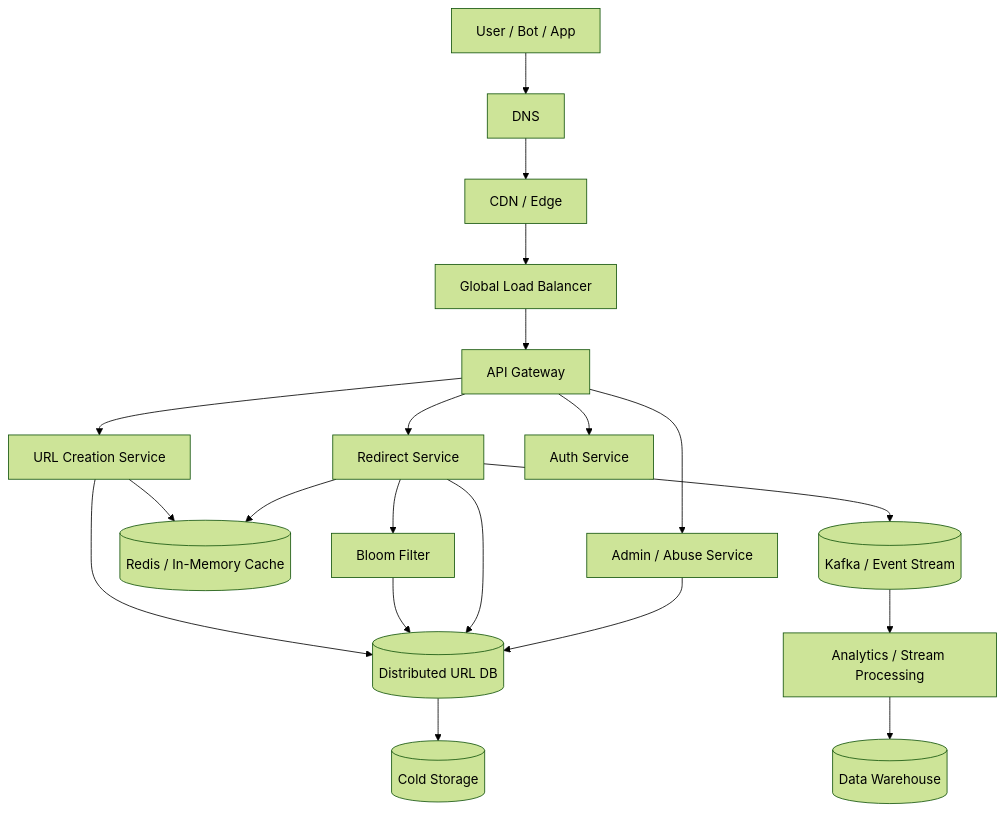
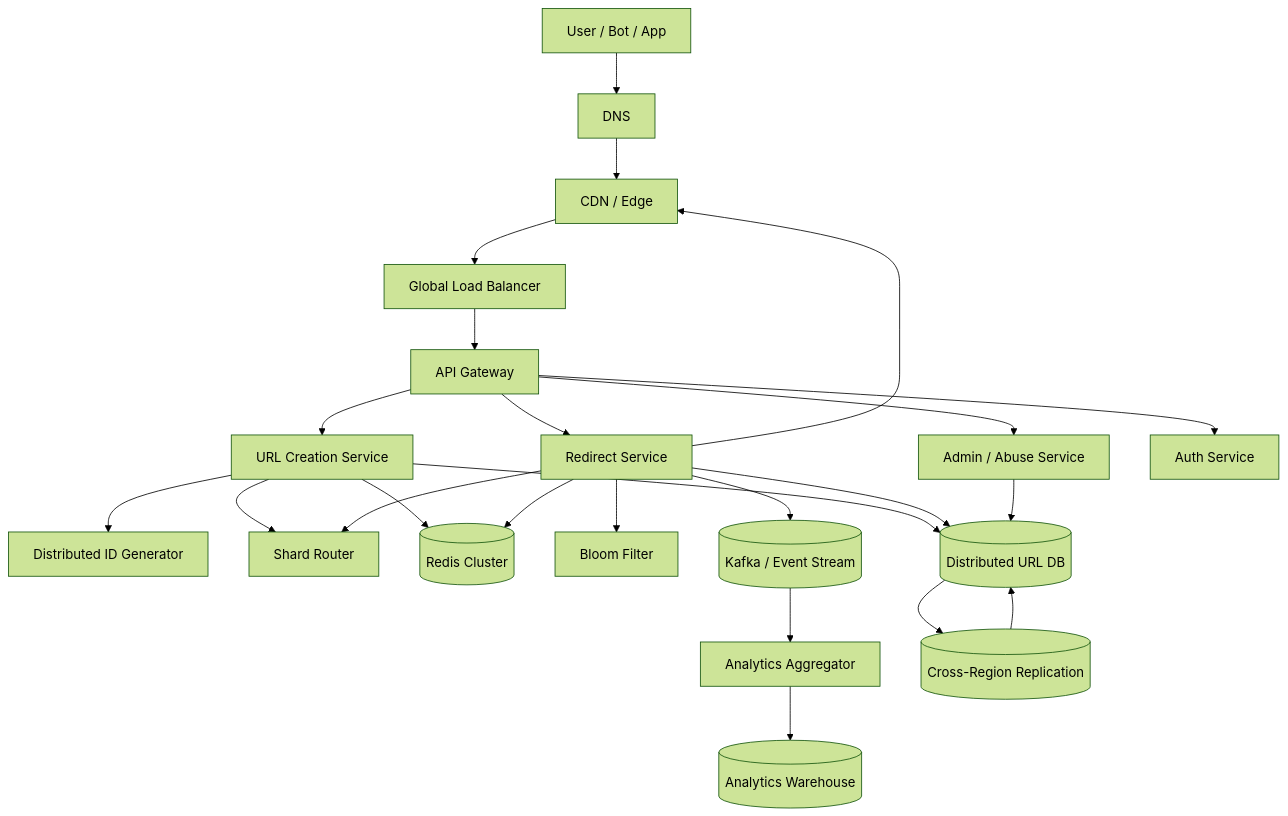
One commit to gojosatoru123-ux/CacheU changed the ninth of 9 diagrams in src/content/design-a-url-shortner.md. Above: the diagram before and after it, drawn with Mermaid (forest theme). The commit also changed other lines of this file and 17 other files, not shown here.

````diff
--- a/src/content/design-a-url-shortner.md
+++ b/src/content/design-a-url-shortner.md
@@ -1126,41 +994,47 @@
 ```mermaid
 flowchart TB
     User[User / Bot / App]
     DNS[DNS]
     CDN[CDN / Edge]
     LB[Global Load Balancer]
     APIGW[API Gateway]
 
     Create[URL Creation Service]
     Redirect[Redirect Service]
     Admin[Admin / Abuse Service]
     Auth[Auth Service]
 
-    Cache[(Redis / In-Memory Cache)]
+    IDGen[Distributed ID Generator]
+    Router[Shard Router]
+    Cache[(Redis Cluster)]
     Bloom[Bloom Filter]
     DB[(Distributed URL DB)]
     Kafka[(Kafka / Event Stream)]
-    Analytics[Analytics / Stream Processing]
-    Warehouse[(Data Warehouse)]
-    Cold[(Cold Storage)]
+    Analytics[Analytics Aggregator]
+    Warehouse[(Analytics Warehouse)]
+    Replication[(Cross-Region Replication)]
 
     User --> DNS --> CDN --> LB --> APIGW
     APIGW --> Auth
     APIGW --> Create
     APIGW --> Redirect
     APIGW --> Admin
 
+    Create --> IDGen
+    Create --> Router
     Create --> DB
     Create --> Cache
 
     Redirect --> Cache
     Redirect --> Bloom
-    Bloom --> DB
+    Redirect --> Router
     Redirect --> DB
     Redirect --> Kafka
+    Redirect --> CDN
 
     Kafka --> Analytics
     Analytics --> Warehouse
-    DB --> Cold
+    DB --> Replication
+    Replication --> DB
     Admin --> DB
 ```
````
